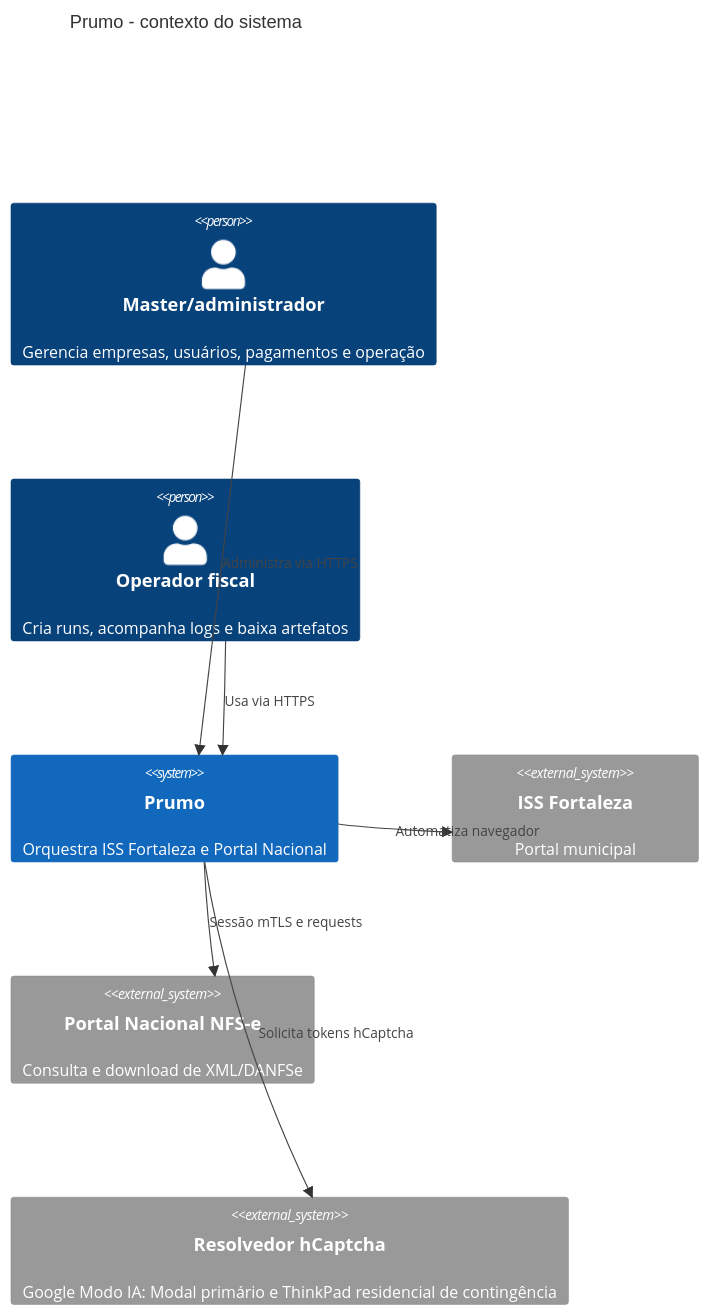
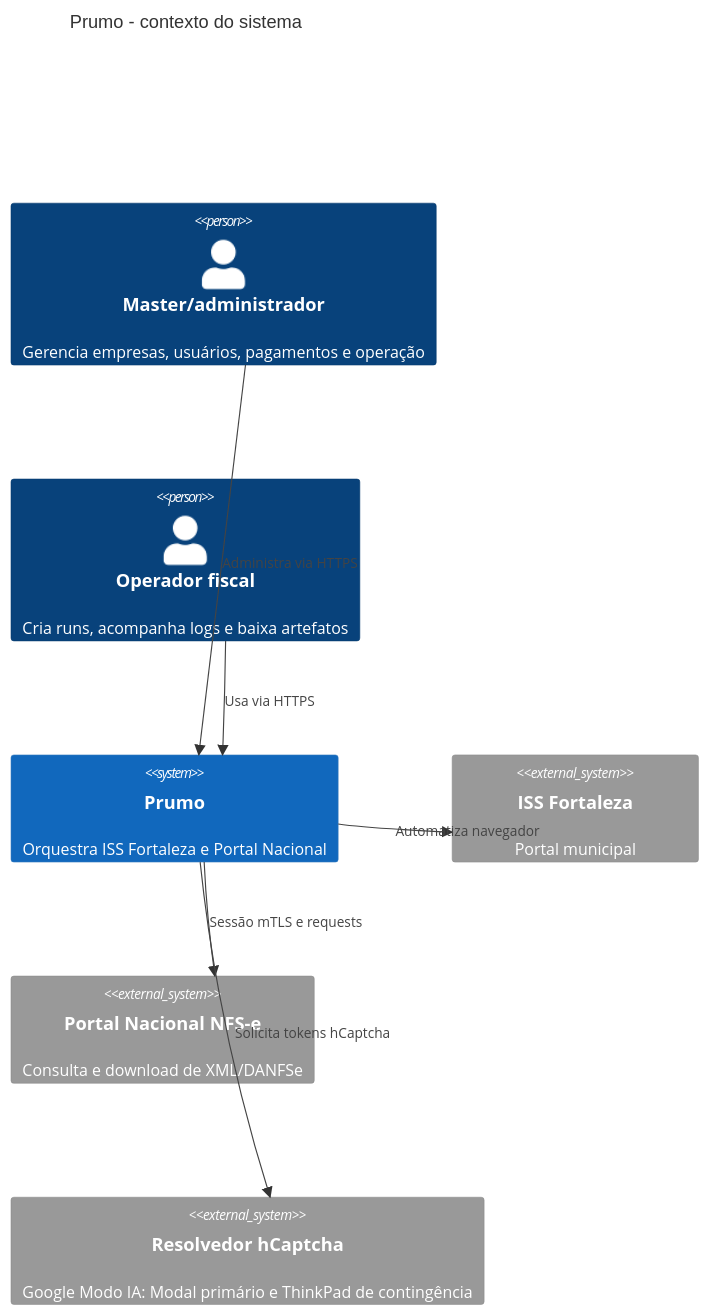
The first of 3 diagrams in docs/C4.md (prumosistemas/app), drawn with Mermaid before and after one commit. The commit also changed other lines of this file and 24 other files, not shown here.

````diff
--- a/docs/C4.md
+++ b/docs/C4.md
@@ -5,15 +5,15 @@
 ```mermaid
 C4Context
   title Prumo - contexto do sistema
   Person(master, "Master/administrador", "Gerencia empresas, usuários, pagamentos e operação")
   Person(operador, "Operador fiscal", "Cria runs, acompanha logs e baixa artefatos")
   System(prumo, "Prumo", "Orquestra ISS Fortaleza e Portal Nacional")
   System_Ext(iss, "ISS Fortaleza", "Portal municipal")
   System_Ext(nfse, "Portal Nacional NFS-e", "Consulta e download de XML/DANFSe")
-  System_Ext(ai, "Resolvedor hCaptcha", "Google Modo IA: Modal primário e ThinkPad residencial de contingência")
+  System_Ext(ai, "Resolvedor hCaptcha", "Google Modo IA: Modal primário e ThinkPad de contingência")
   Rel(master, prumo, "Administra via HTTPS")
   Rel(operador, prumo, "Usa via HTTPS")
   Rel(prumo, iss, "Automatiza navegador")
   Rel(prumo, nfse, "Sessão mTLS e requests")
   Rel(prumo, ai, "Solicita tokens hCaptcha")
 ```
````
